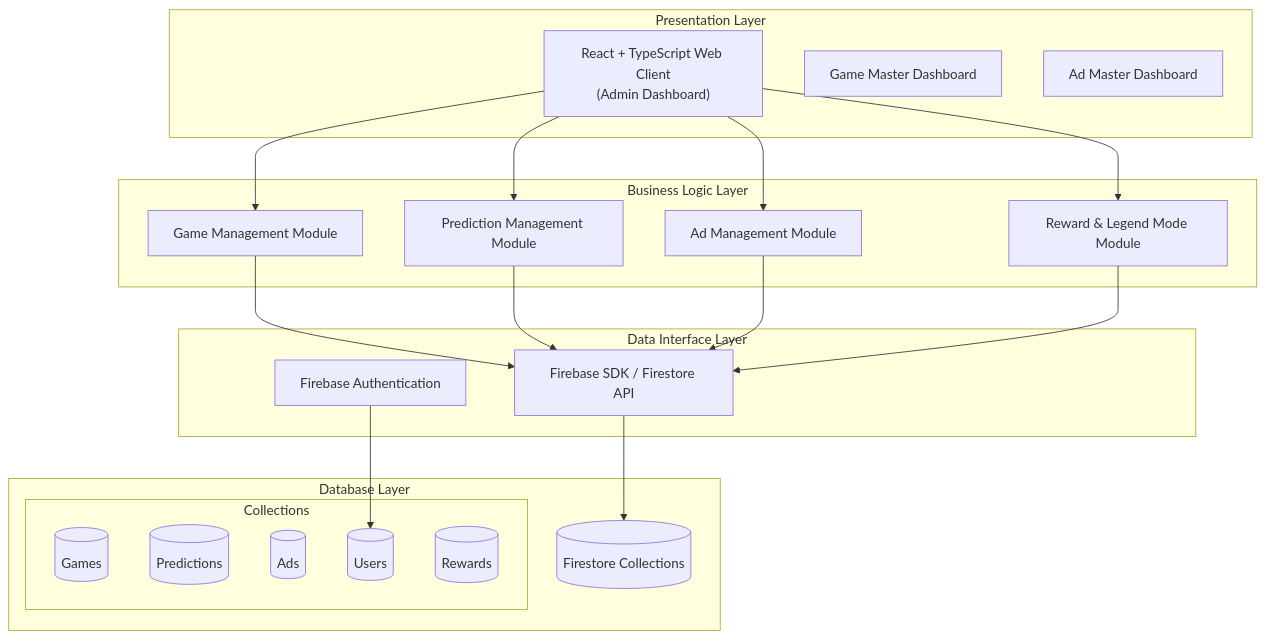
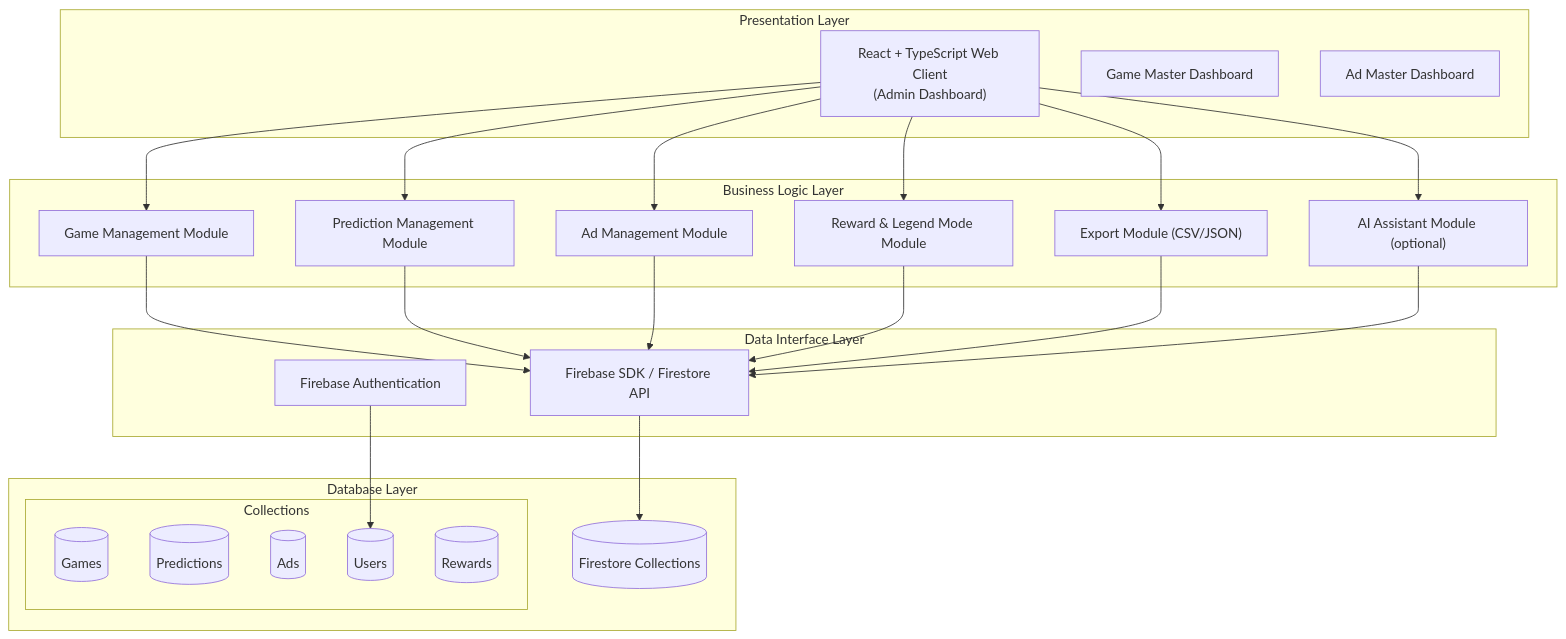
The diagram in Design/Architecture.md (jayden-gillam/PxP-admin), drawn with Mermaid before and after one commit. The commit also changed other lines of this file and 8 other files, not shown here.

````diff
--- a/Design/Architecture.md
+++ b/Design/Architecture.md
@@ -3,45 +3,51 @@
 ```mermaid
 flowchart TB
     subgraph Presentation_Layer["Presentation Layer"]
         UI["React + TypeScript Web Client<br/>(Admin Dashboard)"]
         GMUI["Game Master Dashboard"]
         AMUI["Ad Master Dashboard"]
     end
 
     subgraph Business_Layer["Business Logic Layer"]
         GMService["Game Management Module"]
         PredService["Prediction Management Module"]
         AdService["Ad Management Module"]
         RewardService["Reward & Legend Mode Module"]
+        ExportService["Export Module (CSV/JSON)"]
+        AiService["AI Assistant Module (optional)"]
     end
 
     subgraph Data_Interface_Layer["Data Interface Layer"]
         FirebaseSDK["Firebase SDK / Firestore API"]
         Auth["Firebase Authentication"]
     end
 
     subgraph Database_Layer["Database Layer"]
         Firestore[(Firestore Collections)]
         subgraph Collections["Collections"]
             Games[(Games)]
             Predictions[(Predictions)]
             Ads[(Ads)]
             Users[(Users)]
             Rewards[(Rewards)]
         end
     end
 
     %% Communication arrows
     UI --> GMService
     UI --> PredService
     UI --> AdService
     UI --> RewardService
+    UI --> ExportService
+    UI --> AiService
 
     GMService --> FirebaseSDK
     PredService --> FirebaseSDK
     AdService --> FirebaseSDK
     RewardService --> FirebaseSDK
+    ExportService --> FirebaseSDK
+    AiService --> FirebaseSDK
 
     FirebaseSDK --> Firestore
     Auth --> Users
 ```
````
